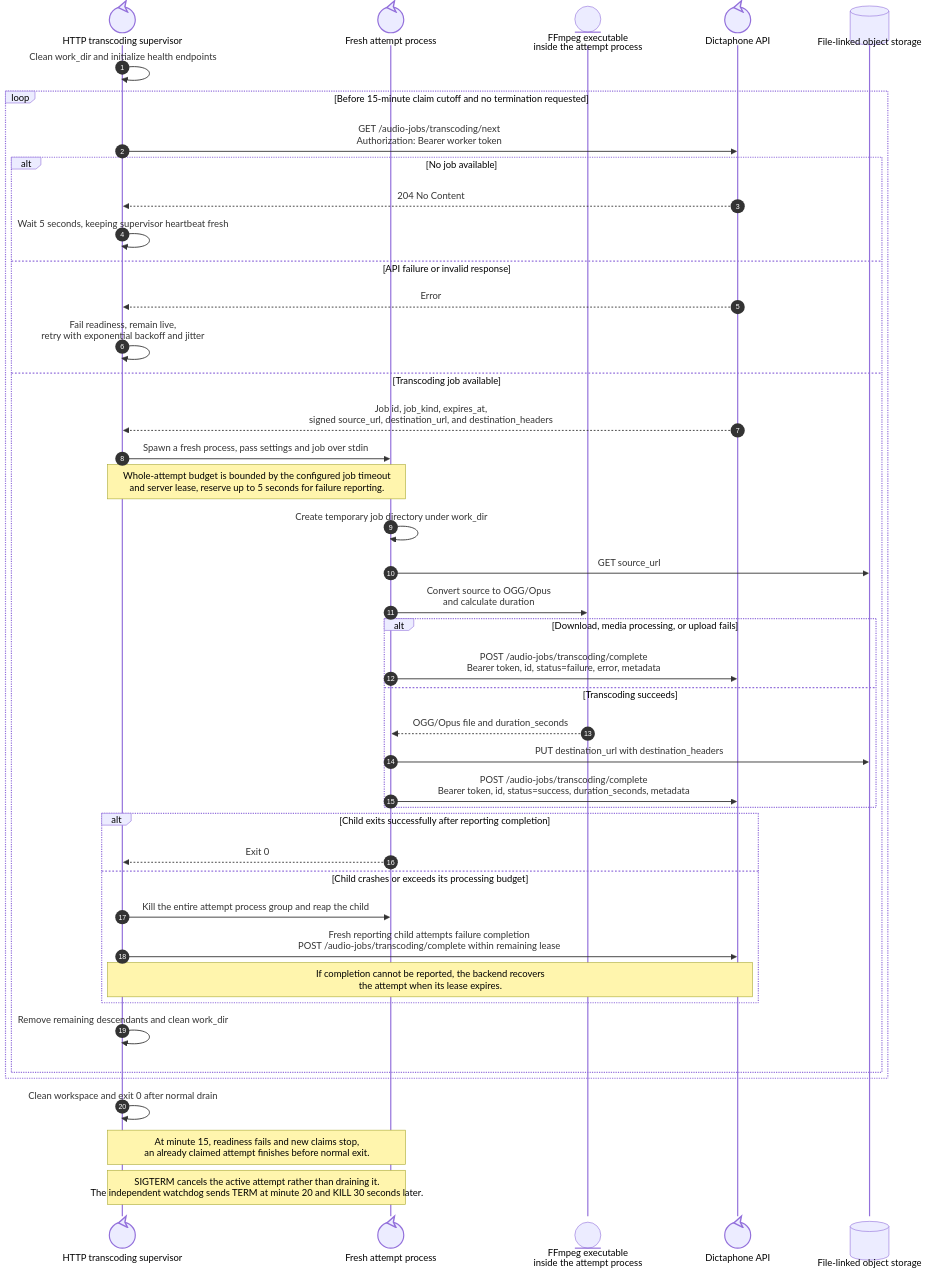
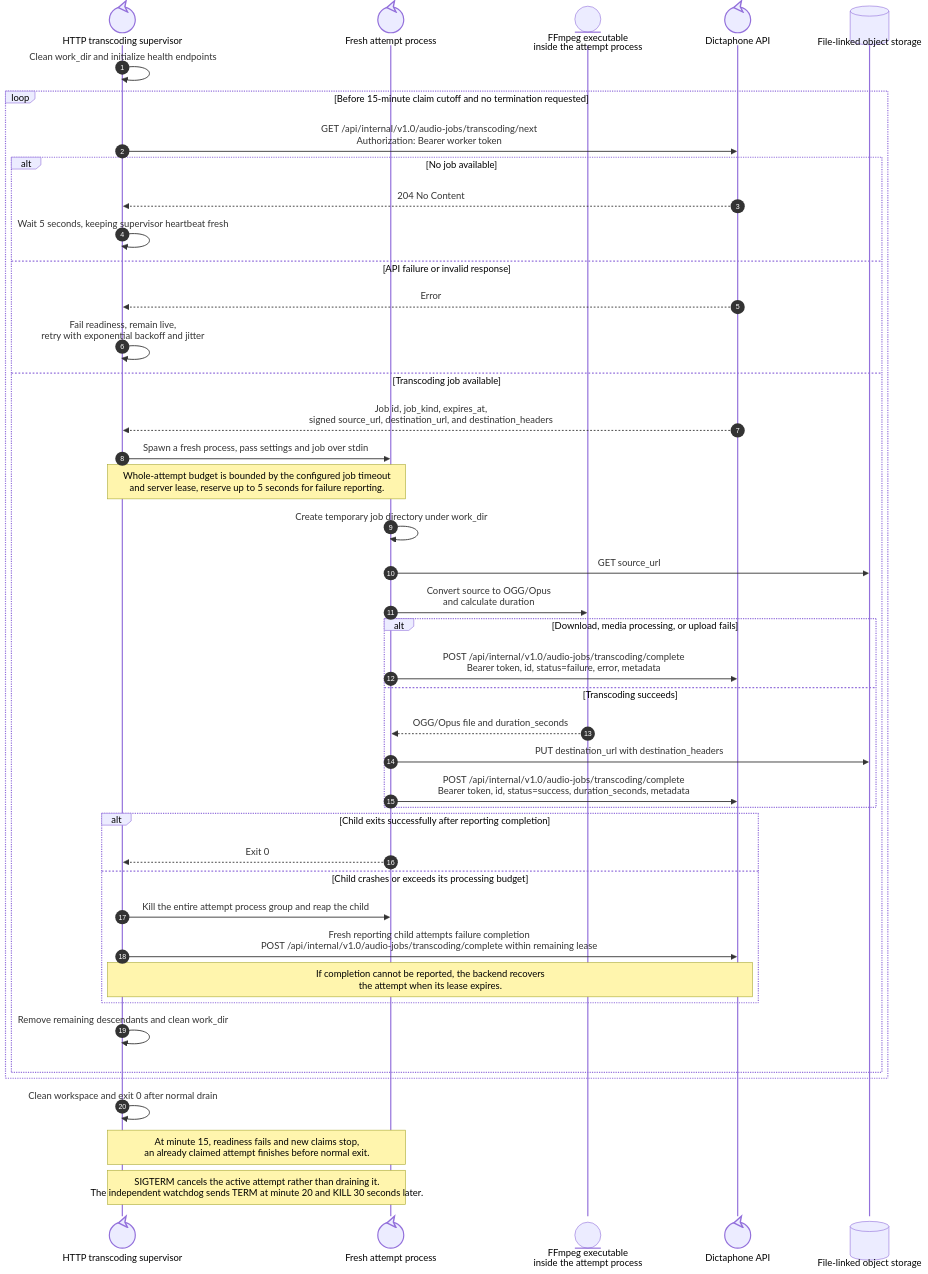
The diagram in docs/diagrams/audio-reencoding-worker-sequence.mmd (suitenumerique/dictaphone), drawn with Mermaid before and after one commit. The commit also changed 15 other files, not shown here.

First line of the commit message:
✨(audio-extraction) prefix routes with /api/internal/v1.0

```diff
--- a/docs/diagrams/audio-reencoding-worker-sequence.mmd
+++ b/docs/diagrams/audio-reencoding-worker-sequence.mmd
@@ -1,45 +1,45 @@
 sequenceDiagram
     autonumber
     participant Worker@{ "type": "control" } as HTTP transcoding supervisor
     participant Child@{ "type": "control" } as Fresh attempt process
     participant FFmpeg@{ "type": "entity" } as FFmpeg executable<br/>inside the attempt process
     participant API@{ "type": "control" } as Dictaphone API
     participant FileStore@{ "type": "database" } as File-linked object storage
 
     Worker->>Worker: Clean work_dir and initialize health endpoints
     loop Before 15-minute claim cutoff and no termination requested
-        Worker->>API: GET /audio-jobs/transcoding/next<br/>Authorization: Bearer worker token
+        Worker->>API: GET /api/internal/v1.0/audio-jobs/transcoding/next<br/>Authorization: Bearer worker token
         alt No job available
             API-->>Worker: 204 No Content
             Worker->>Worker: Wait 5 seconds, keeping supervisor heartbeat fresh
         else API failure or invalid response
             API-->>Worker: Error
             Worker->>Worker: Fail readiness, remain live,<br/>retry with exponential backoff and jitter
         else Transcoding job available
             API-->>Worker: Job id, job_kind, expires_at,<br/>signed source_url, destination_url, and destination_headers
             Worker->>Child: Spawn a fresh process, pass settings and job over stdin
             Note over Worker,Child: Whole-attempt budget is bounded by the configured job timeout<br/>and server lease, reserve up to 5 seconds for failure reporting.
             Child->>Child: Create temporary job directory under work_dir
             Child->>FileStore: GET source_url
             Child->>FFmpeg: Convert source to OGG/Opus<br/>and calculate duration
             alt Download, media processing, or upload fails
-                Child->>API: POST /audio-jobs/transcoding/complete<br/>Bearer token, id, status=failure, error, metadata
+                Child->>API: POST /api/internal/v1.0/audio-jobs/transcoding/complete<br/>Bearer token, id, status=failure, error, metadata
             else Transcoding succeeds
                 FFmpeg-->>Child: OGG/Opus file and duration_seconds
                 Child->>FileStore: PUT destination_url with destination_headers
-                Child->>API: POST /audio-jobs/transcoding/complete<br/>Bearer token, id, status=success, duration_seconds, metadata
+                Child->>API: POST /api/internal/v1.0/audio-jobs/transcoding/complete<br/>Bearer token, id, status=success, duration_seconds, metadata
             end
             alt Child exits successfully after reporting completion
                 Child-->>Worker: Exit 0
             else Child crashes or exceeds its processing budget
                 Worker->>Child: Kill the entire attempt process group and reap the child
-                Worker->>API: Fresh reporting child attempts failure completion<br/>POST /audio-jobs/transcoding/complete within remaining lease
+                Worker->>API: Fresh reporting child attempts failure completion<br/>POST /api/internal/v1.0/audio-jobs/transcoding/complete within remaining lease
                 Note over Worker,API: If completion cannot be reported, the backend recovers<br/>the attempt when its lease expires.
             end
             Worker->>Worker: Remove remaining descendants and clean work_dir
         end
     end
     Worker->>Worker: Clean workspace and exit 0 after normal drain
 
     Note over Worker,Child: At minute 15, readiness fails and new claims stop,<br/>an already claimed attempt finishes before normal exit.
     Note over Worker,Child: SIGTERM cancels the active attempt rather than draining it.<br/>The independent watchdog sends TERM at minute 20 and KILL 30 seconds later.
```
